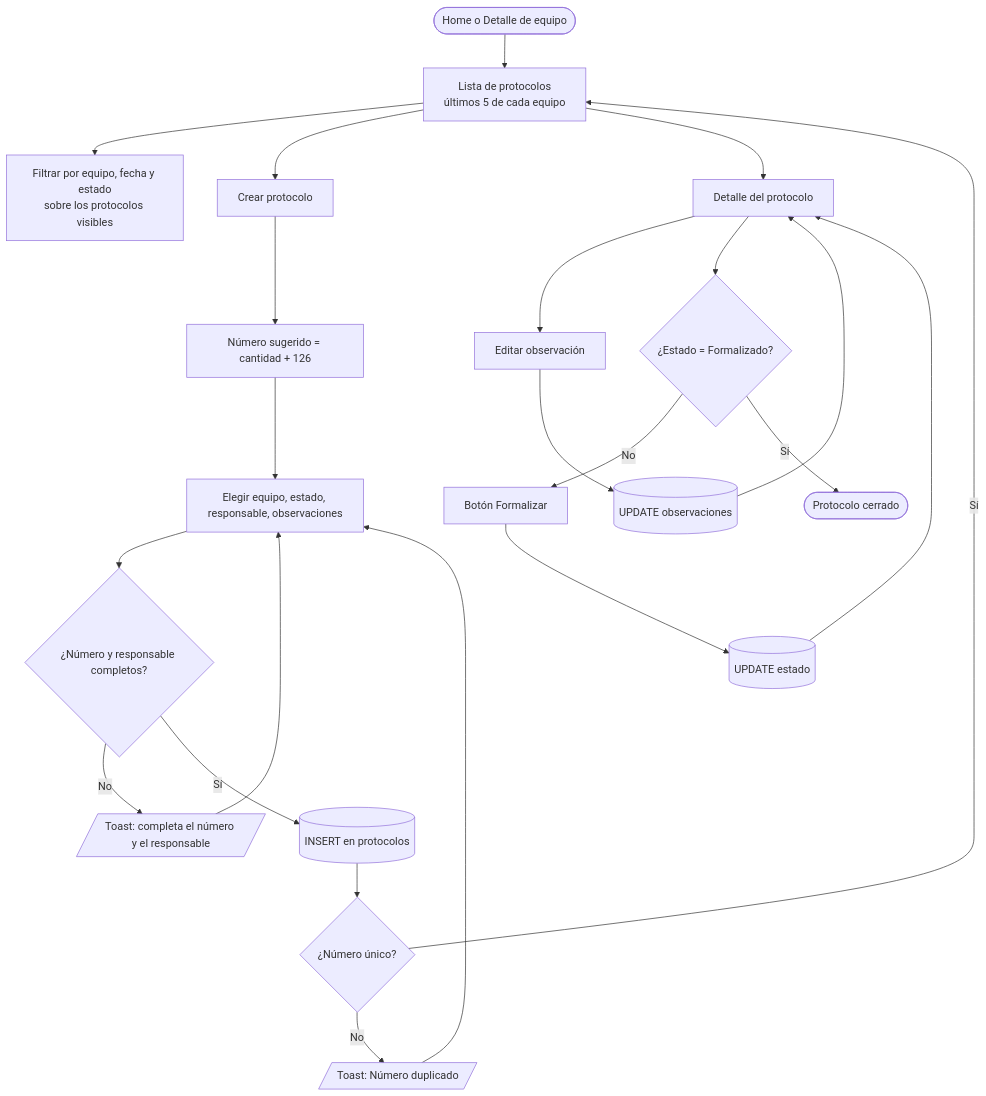
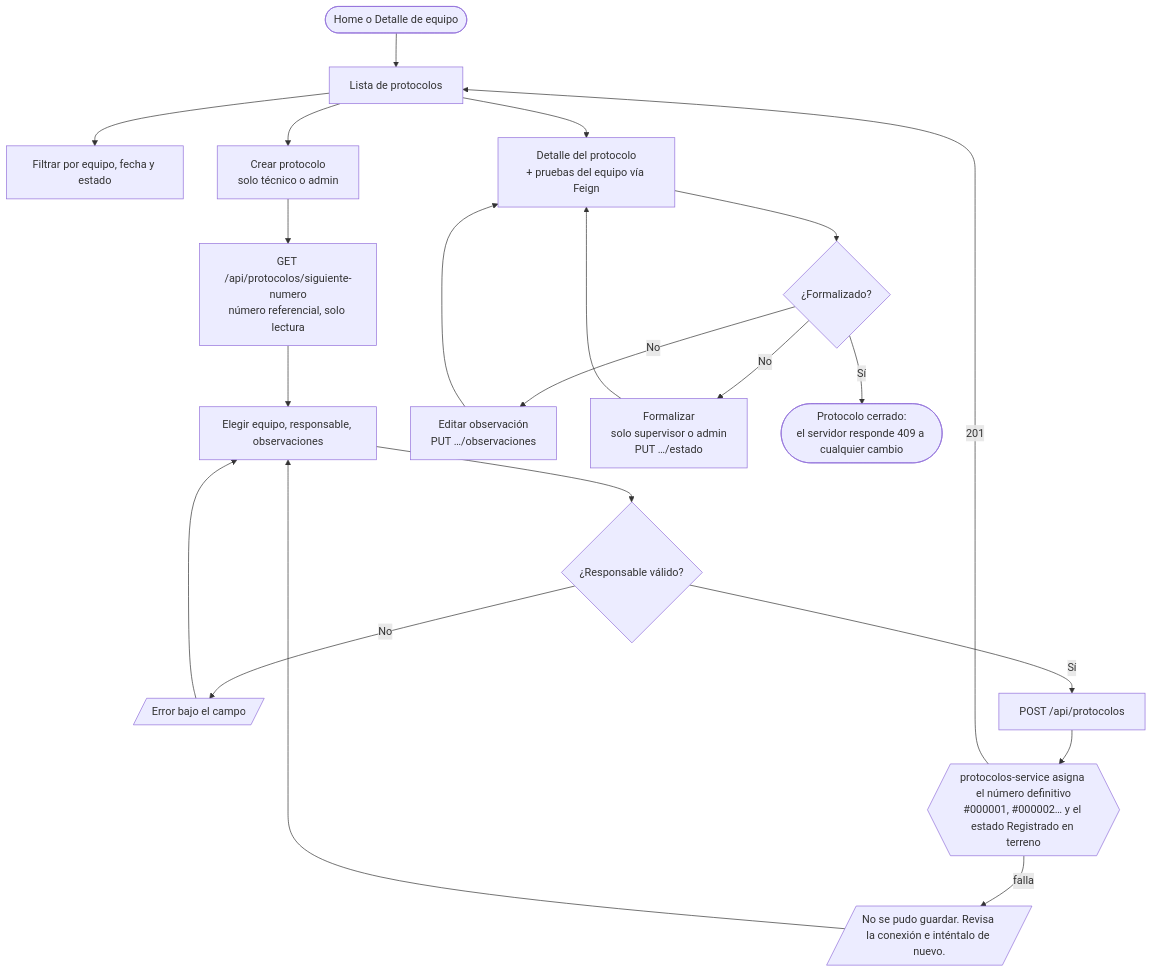
Before and after one commit to Simon2853/Electra: the sixth of 8 diagrams in PROCESO.md, drawn with Mermaid. The commit also changed other lines of this file and 2 other files, not shown here.

Commit message:
feat: actualizar la documentación de la app a los microservicios, Retrofit, Open-Meteo, Splash y pruebas unitarias

````diff
--- a/PROCESO.md
+++ b/PROCESO.md
@@ -107,19 +119,19 @@
 ```mermaid
 flowchart TD
-    O([Home o Detalle de equipo]) --> LP[Lista de protocolos<br/>últimos 5 de cada equipo]
-    LP --> FL[Filtrar por equipo, fecha y estado<br/>sobre los protocolos visibles]
-    LP --> NP[Crear protocolo]
-    NP --> N[Número sugerido = cantidad + 126]
-    N --> FM[Elegir equipo, estado, responsable, observaciones]
-    FM --> V{¿Número y responsable completos?}
-    V -- No --> T1[/"Toast: completa el número y el responsable"/] --> FM
-    V -- Sí --> INS[(INSERT en protocolos)]
-    INS --> U{¿Número único?}
-    U -- No --> T2[/"Toast: Número duplicado"/] --> FM
-    U -- Sí --> LP
-    LP --> DT[Detalle del protocolo]
-    DT --> ED[Editar observación] --> UPD[(UPDATE observaciones)] --> DT
-    DT --> FZ{¿Estado = Formalizado?}
-    FZ -- No --> BF[Botón Formalizar] --> UPS[(UPDATE estado)] --> DT
-    FZ -- Sí --> FIN([Protocolo cerrado])
+    O([Home o Detalle de equipo]) --> LP[Lista de protocolos]
+    LP --> FL[Filtrar por equipo, fecha y estado]
+    LP --> NP[Crear protocolo<br/>solo técnico o admin]
+    NP --> N[GET /api/protocolos/siguiente-numero<br/>número referencial, solo lectura]
+    N --> FM[Elegir equipo, responsable, observaciones]
+    FM --> V{¿Responsable válido?}
+    V -- No --> T1[/Error bajo el campo/] --> FM
+    V -- Sí --> INS[POST /api/protocolos]
+    INS --> SRV{{"protocolos-service asigna el número definitivo<br/>#000001, #000002… y el estado Registrado en terreno"}}
+    SRV -- falla --> T2[/"No se pudo guardar. Revisa la conexión e inténtalo de nuevo."/] --> FM
+    SRV -- 201 --> LP
+    LP --> DT[Detalle del protocolo<br/>+ pruebas del equipo vía Feign]
+    DT --> FZ{¿Formalizado?}
+    FZ -- No --> ED[Editar observación<br/>PUT …/observaciones] --> DT
+    FZ -- No --> BF[Formalizar<br/>solo supervisor o admin<br/>PUT …/estado] --> DT
+    FZ -- Sí --> FIN([Protocolo cerrado:<br/>el servidor responde 409 a cualquier cambio])
 ```
````
